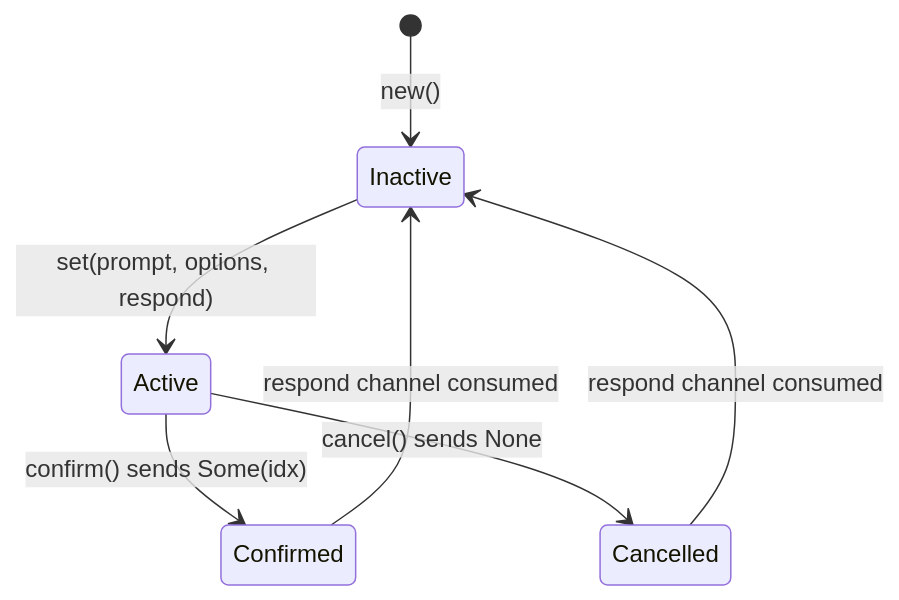
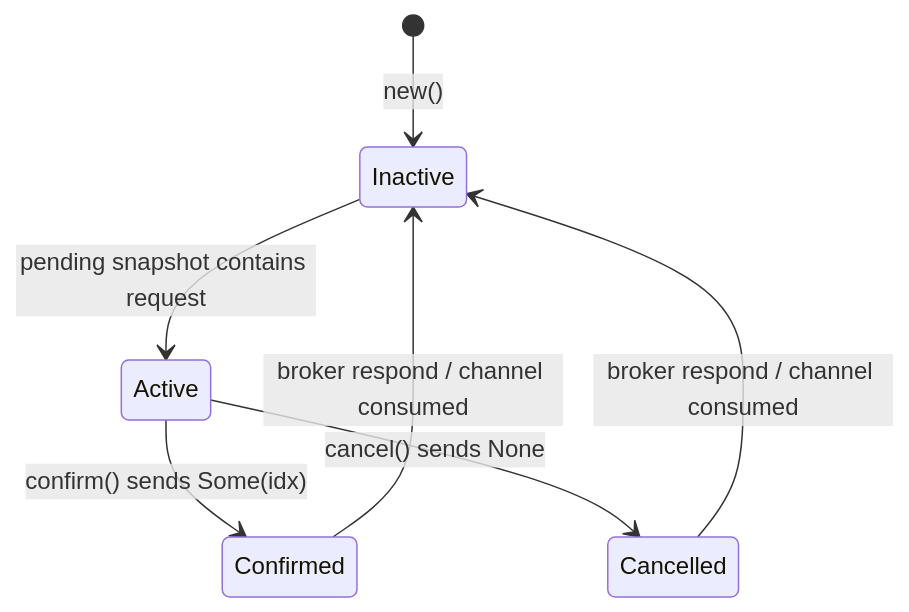
Before and after one commit to rust-infra/tact: the sixth of 6 diagrams in docs/state_machines.md, drawn with Mermaid. The commit also changed other lines of this file and 161 other files, not shown here.

````diff
--- a/docs/state_machines.md
+++ b/docs/state_machines.md
@@ -354,9 +356,9 @@
 ```mermaid
 stateDiagram-v2
     [*] --> Inactive: new()
-    Inactive --> Active: set(prompt, options, respond)
+    Inactive --> Active: pending snapshot contains request
     Active --> Confirmed: confirm() sends Some(idx)
     Active --> Cancelled: cancel() sends None
-    Confirmed --> Inactive: respond channel consumed
-    Cancelled --> Inactive: respond channel consumed
+    Confirmed --> Inactive: broker respond / channel consumed
+    Cancelled --> Inactive: broker respond / channel consumed
 ```
````
